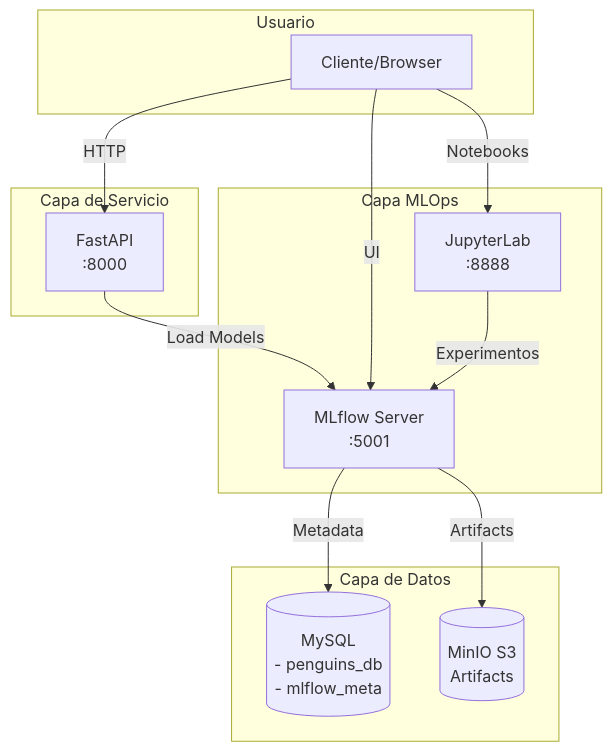
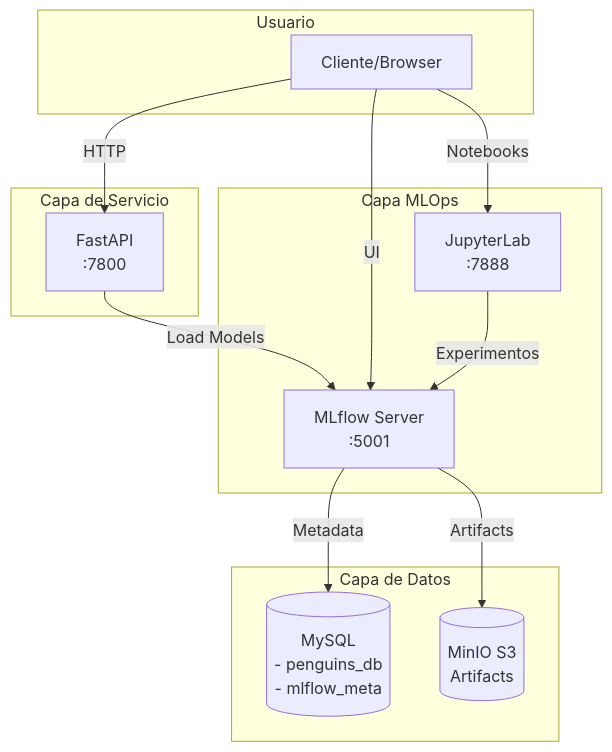
Before and after one commit to AbelAlbuez/mlops-group-three: the diagram in Taller-4/README.md, drawn with Mermaid. The commit also changed other lines of this file and 2 other files, not shown here.

````diff
--- a/Taller-4/README.md
+++ b/Taller-4/README.md
@@ -16,28 +16,28 @@
 ```mermaid
 graph TB
     subgraph "Capa de Datos"
         MySQL[(MySQL<br/>- penguins_db<br/>- mlflow_meta)]
         MinIO[(MinIO S3<br/>Artifacts)]
     end
     
     subgraph "Capa MLOps"
         MLflow[MLflow Server<br/>:5001]
-        Jupyter[JupyterLab<br/>:8888]
+        Jupyter[JupyterLab<br/>:7888]
     end
     
     subgraph "Capa de Servicio"
-        API[FastAPI<br/>:8000]
+        API[FastAPI<br/>:7800]
     end
     
     subgraph "Usuario"
         Client[Cliente/Browser]
     end
     
     Jupyter -->|Experimentos| MLflow
     MLflow -->|Metadata| MySQL
     MLflow -->|Artifacts| MinIO
     API -->|Load Models| MLflow
     Client -->|HTTP| API
     Client -->|UI| MLflow
     Client -->|Notebooks| Jupyter
 ```
````
